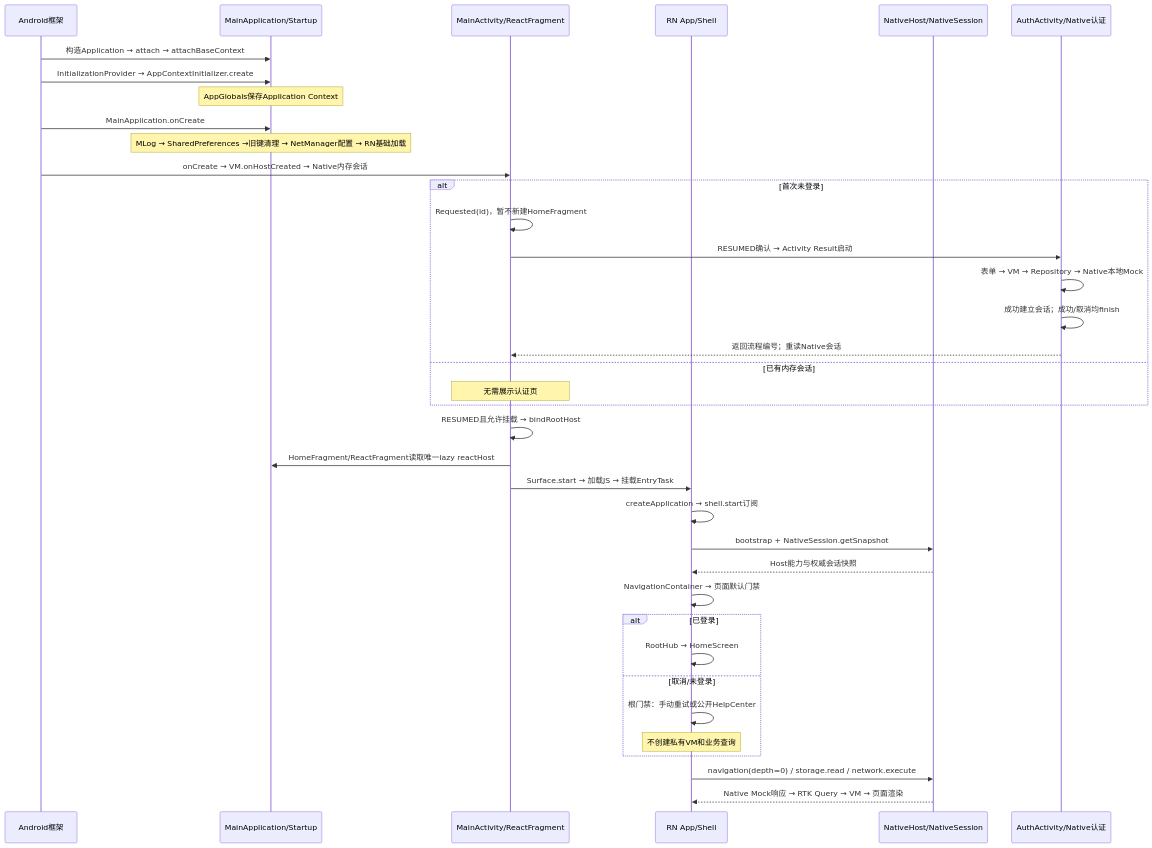
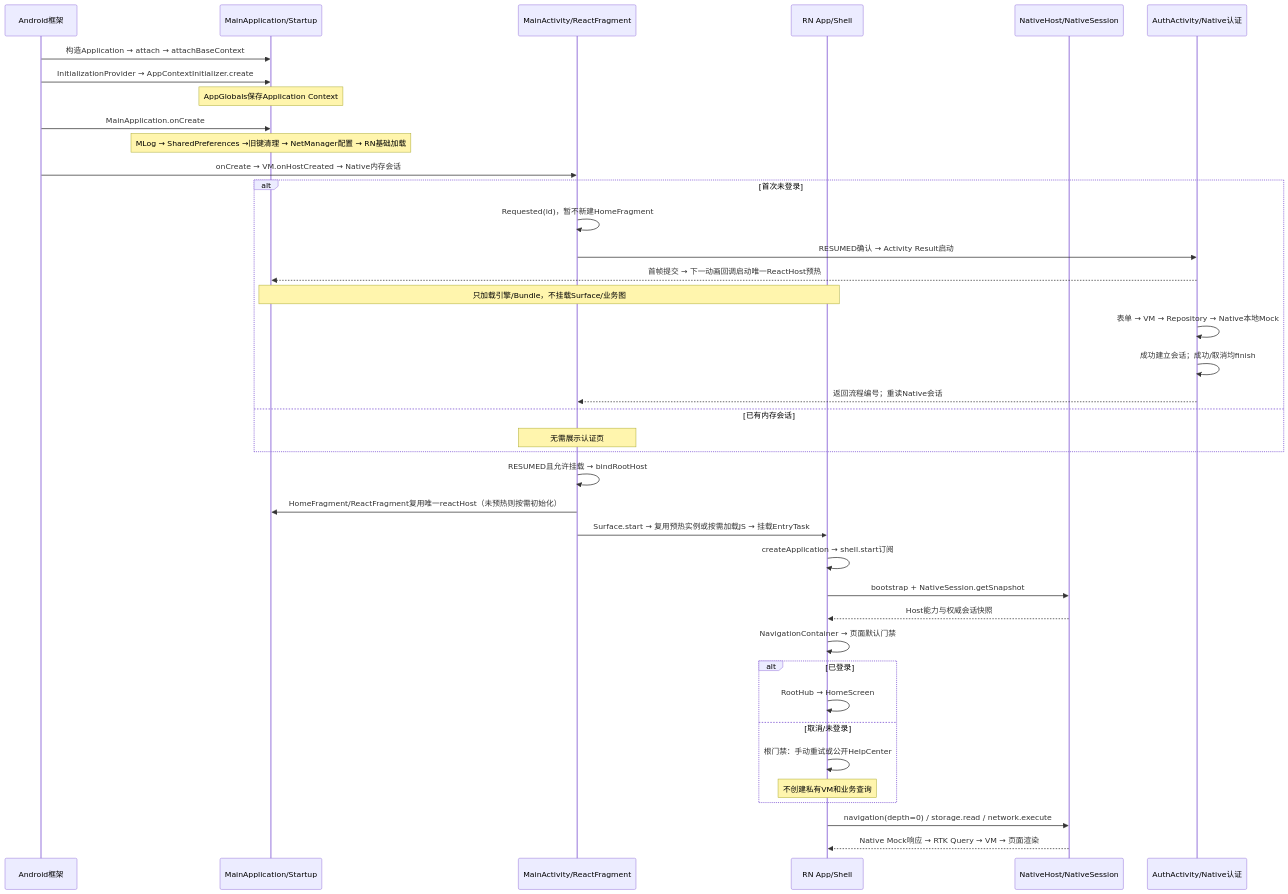
One commit to rickdynasty/EntryTask changed the diagram in docs/development/启动与登录全链路源码详解.md. Above: the diagram before and after it, drawn with Mermaid. The commit also changed other lines of this file and 17 other files, not shown here.

````diff
--- a/docs/development/启动与登录全链路源码详解.md
+++ b/docs/development/启动与登录全链路源码详解.md
@@ -24,39 +24,41 @@
 ```mermaid
 sequenceDiagram
     participant OS as Android框架
     participant APP as MainApplication/Startup
     participant MAIN as MainActivity/ReactFragment
     participant RN as RN App/Shell
     participant BR as NativeHost/NativeSession
     participant AUTH as AuthActivity/Native认证
     OS->>APP: 构造Application → attach → attachBaseContext
     OS->>APP: InitializationProvider → AppContextInitializer.create
     Note over APP: AppGlobals保存Application Context
     OS->>APP: MainApplication.onCreate
     Note over APP: MLog → SharedPreferences →旧键清理 → NetManager配置 → RN基础加载
     OS->>MAIN: onCreate → VM.onHostCreated → Native内存会话
     alt 首次未登录
         MAIN->>MAIN: Requested(id)，暂不新建HomeFragment
         MAIN->>AUTH: RESUMED确认 → Activity Result启动
+        AUTH-->>APP: 首帧提交 → 下一动画回调启动唯一ReactHost预热
+        Note over APP,RN: 只加载引擎/Bundle，不挂载Surface/业务图
         AUTH->>AUTH: 表单 → VM → Repository → Native本地Mock
         AUTH->>AUTH: 成功建立会话；成功/取消均finish
         AUTH-->>MAIN: 返回流程编号；重读Native会话
     else 已有内存会话
         Note over MAIN: 无需展示认证页
     end
     MAIN->>MAIN: RESUMED且允许挂载 → bindRootHost
-    MAIN->>APP: HomeFragment/ReactFragment读取唯一lazy reactHost
-    MAIN->>RN: Surface.start → 加载JS → 挂载EntryTask
+    MAIN->>APP: HomeFragment/ReactFragment复用唯一reactHost（未预热则按需初始化）
+    MAIN->>RN: Surface.start → 复用预热实例或按需加载JS → 挂载EntryTask
     RN->>RN: createApplication → shell.start订阅
     RN->>BR: bootstrap + NativeSession.getSnapshot
     BR-->>RN: Host能力与权威会话快照
     RN->>RN: NavigationContainer → 页面默认门禁
     alt 已登录
         RN->>RN: RootHub → HomeScreen
     else 取消/未登录
         RN->>RN: 根门禁：手动重试或公开HelpCenter
         Note over RN: 不创建私有VM和业务查询
     end
     RN->>BR: navigation(depth=0) / storage.read / network.execute
     BR-->>RN: Native Mock响应 → RTK Query → VM → 页面渲染
 ```
````
